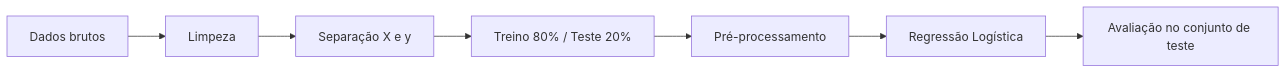
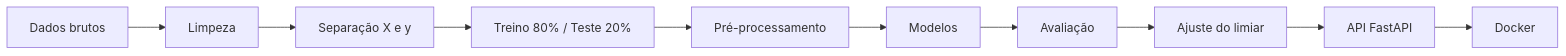
The diagram in README.md (atararossatti/projeto-churn), drawn with Mermaid before and after one commit. The commit also changed other lines of this file, not shown here.

Commit message:
README completo com API, Docker e resultados

````diff
--- a/README.md
+++ b/README.md
@@ -41,9 +45,12 @@
 ```mermaid
 flowchart LR
     A[Dados brutos] --> B[Limpeza]
     B --> C[Separação X e y]
     C --> D[Treino 80% / Teste 20%]
     D --> E[Pré-processamento]
-    E --> F[Regressão Logística]
-    F --> G[Avaliação no conjunto de teste]
+    E --> F[Modelos]
+    F --> G[Avaliação]
+    G --> H[Ajuste do limiar]
+    H --> I[API FastAPI]
+    I --> J[Docker]
 ```
````
